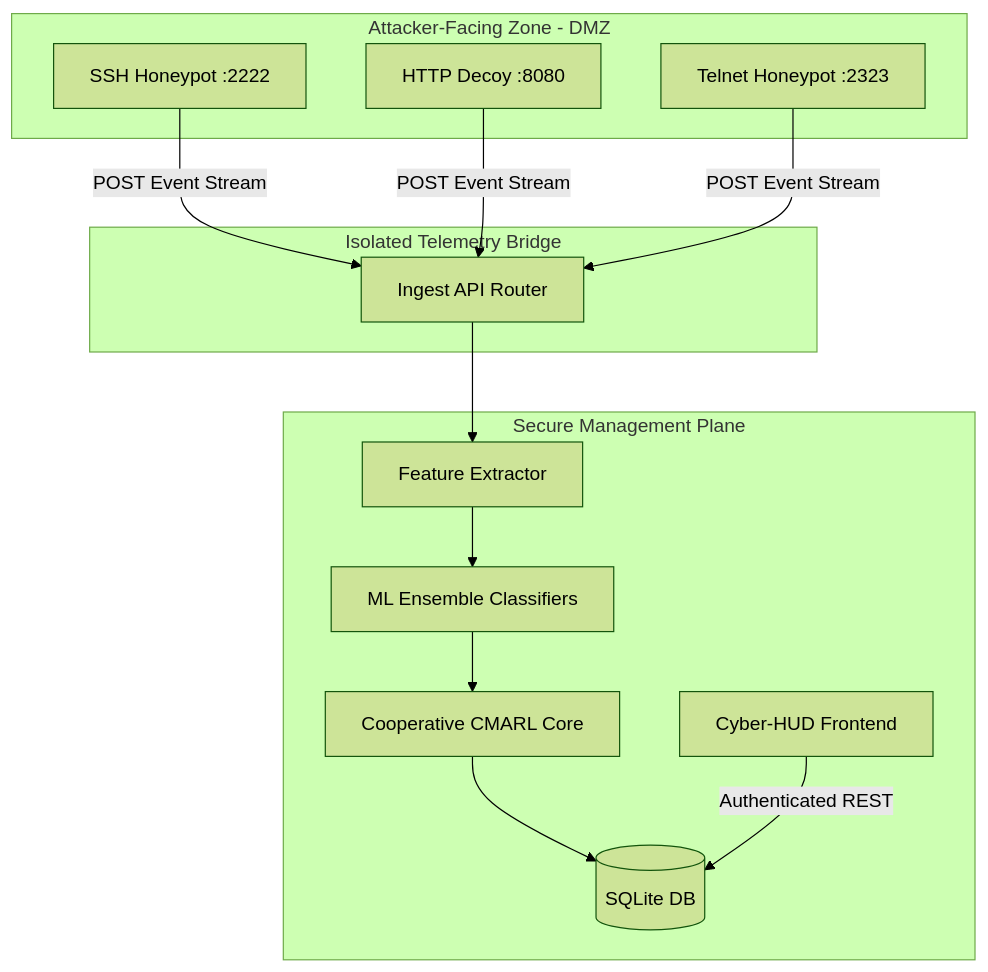
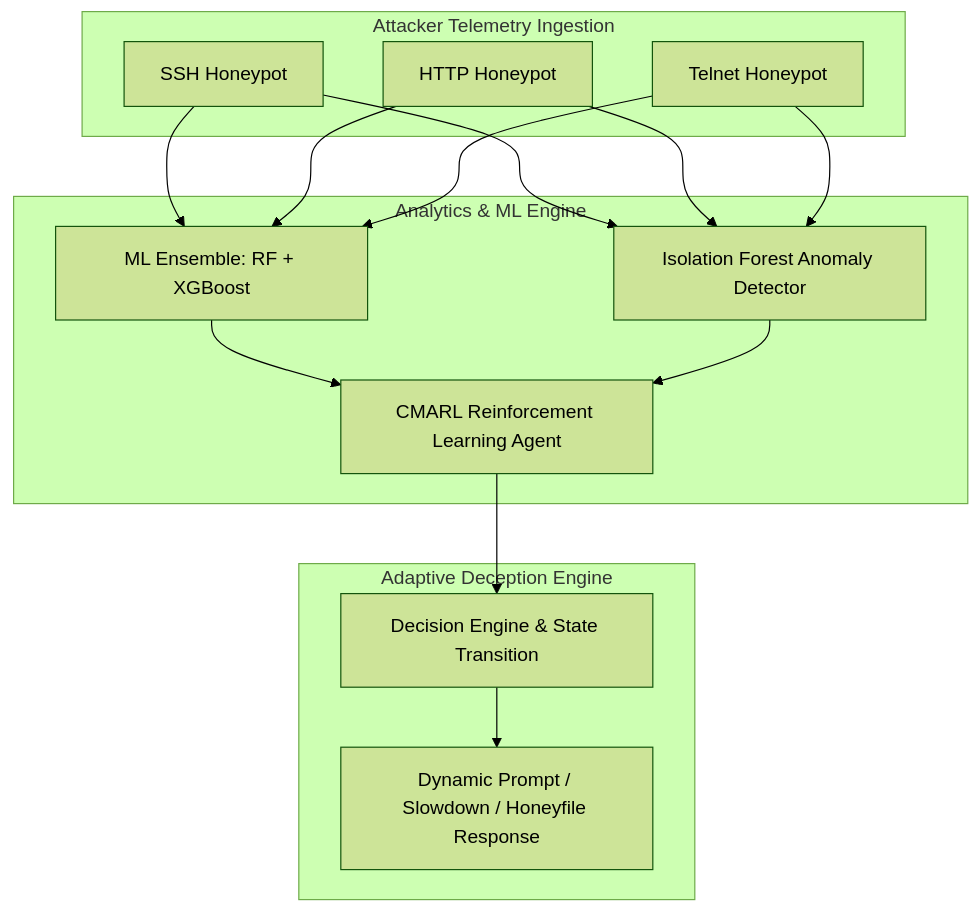
The diagram in README.md (nayefsiddique-eng/Adaptive-Honeypot), drawn with Mermaid (forest theme) before and after one commit. The commit also changed other lines of this file, not shown here.

Commit message:
docs: polish README formatting, fix character encoding, and add Mermaid architecture diagram

````diff
--- a/README.md
+++ b/README.md
@@ -33,27 +14,23 @@
 ```mermaid
-graph TD
-    subgraph DMZ [Attacker-Facing Zone - DMZ]
-        SSH[SSH Honeypot :2222]
-        HTTP[HTTP Decoy :8080]
-        TEL[Telnet Honeypot :2323]
+flowchart TB
+    subgraph Attacker["Attacker Telemetry Ingestion"]
+        SSH[SSH Honeypot]
+        HTTP[HTTP Honeypot]
+        Telnet[Telnet Honeypot]
     end
 
-    subgraph Telemetry [Isolated Telemetry Bridge]
-        ING[Ingest API Router]
+    subgraph Analytics["Analytics & ML Engine"]
+        Class[ML Ensemble: RF + XGBoost]
+        Iso[Isolation Forest Anomaly Detector]
+        RL[CMARL Reinforcement Learning Agent]
     end
 
-    subgraph Management [Secure Management Plane]
-        FE[Feature Extractor]
-        ML[ML Ensemble Classifiers]
-        RL[Cooperative CMARL Core]
-        DB[(SQLite DB)]
-        HUD[Cyber-HUD Frontend]
+    subgraph Response["Adaptive Deception Engine"]
+        Fuser[Decision Engine & State Transition]
+        Output[Dynamic Prompt / Slowdown / Honeyfile Response]
     end
 
-    SSH & HTTP & TEL -->|POST Event Stream| ING
-    ING --> FE
-    FE --> ML
-    ML --> RL
-    RL --> DB
-    HUD -->|Authenticated REST| DB
+    SSH & HTTP & Telnet --> Class & Iso
+    Class & Iso --> RL
+    RL --> Fuser --> Output
 ```
````
